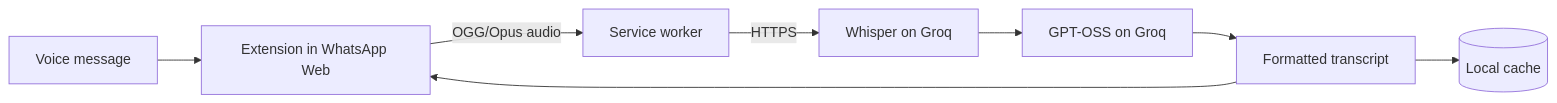
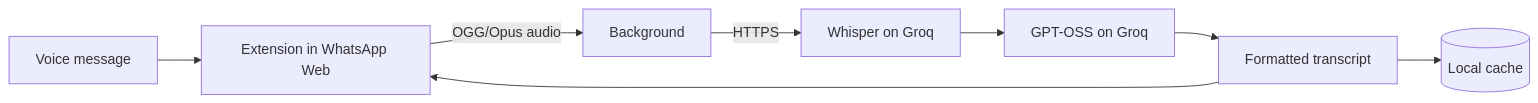
One commit to gabrielMalonso/whatsapp-audio-transcriber changed the diagram in README.md. Above: the diagram before and after it, drawn with Mermaid. The commit also changed other lines of this file and 17 other files, not shown here.

````diff
--- a/README.md
+++ b/README.md
@@ -48,10 +48,10 @@
 ```mermaid
 flowchart LR
     A[Voice message] --> B[Extension in WhatsApp Web]
-    B -->|OGG/Opus audio| C[Service worker]
+    B -->|OGG/Opus audio| C[Background]
     C -->|HTTPS| D[Whisper on Groq]
     D --> E[GPT-OSS on Groq]
     E --> F[Formatted transcript]
     F --> G[(Local cache)]
     F --> B
 ```
````
